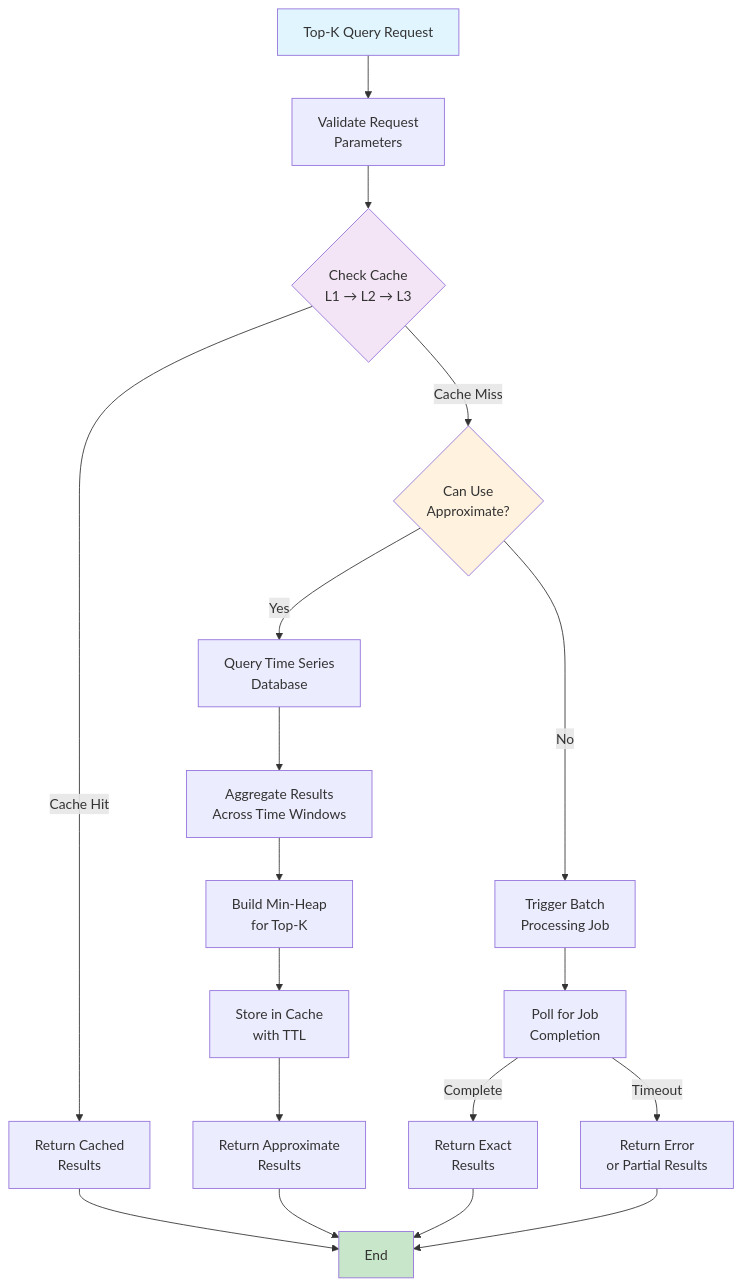
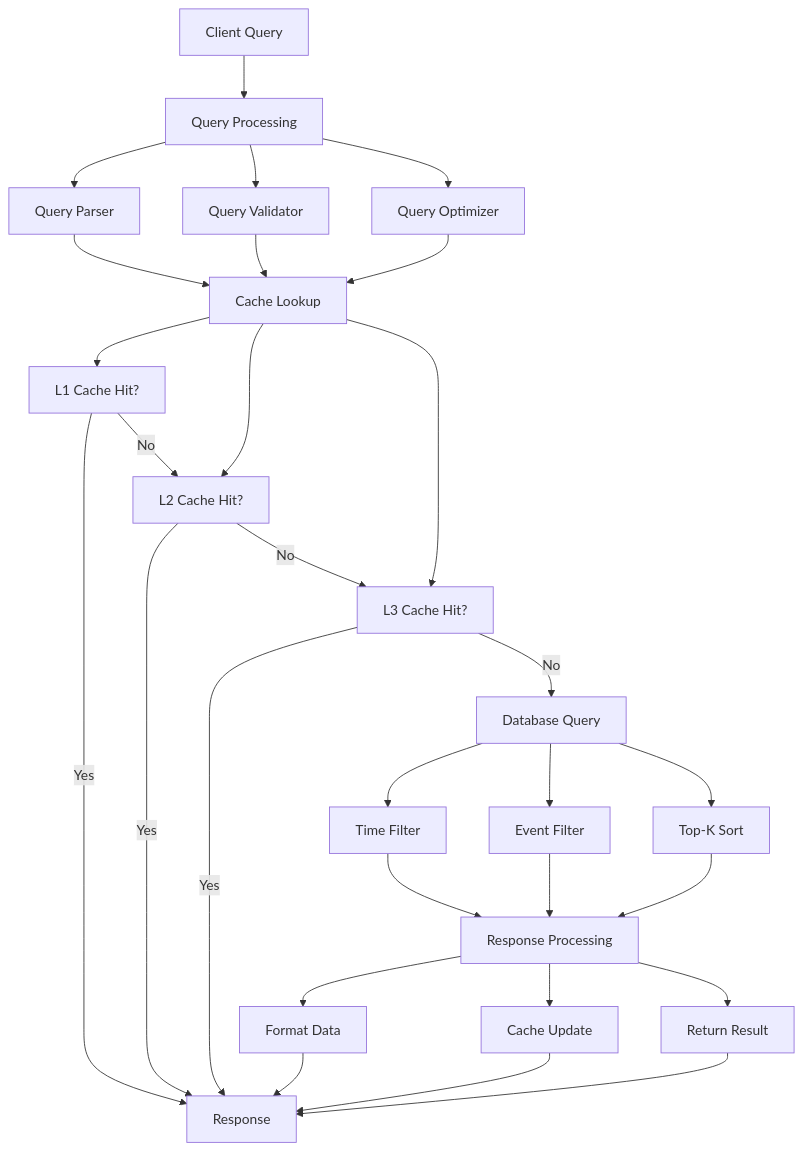
The seventh of 16 diagrams in README.md (rmjamd/android-chatting-and-posting-application), drawn with Mermaid before and after one commit. The commit also changed other lines of this file, not shown here.

````diff
--- a/README.md
+++ b/README.md
@@ -1076,37 +604,40 @@
 ```mermaid
-flowchart TD
-    QUERY[Top-K Query Request] --> VALIDATE[Validate Request<br/>Parameters]
+graph TD
+    CQ[Client Query] --> QP[Query Processing]
     
-    VALIDATE --> CACHE_CHECK{Check Cache<br/>L1 → L2 → L3}
+    QP --> QPAR[Query Parser]
+    QP --> QVAL[Query Validator]
+    QP --> QOPT[Query Optimizer]
     
-    CACHE_CHECK -->|Cache Hit| RETURN_CACHE[Return Cached<br/>Results]
+    QPAR --> CL[Cache Lookup]
+    QVAL --> CL
+    QOPT --> CL
     
-    CACHE_CHECK -->|Cache Miss| APPROX_CHECK{Can Use<br/>Approximate?}
+    CL --> L1[L1 Cache Hit?]
+    CL --> L2[L2 Cache Hit?]
+    CL --> L3[L3 Cache Hit?]
     
-    APPROX_CHECK -->|Yes| TSDB_QUERY[Query Time Series<br/>Database]
-    APPROX_CHECK -->|No| BATCH_TRIGGER[Trigger Batch<br/>Processing Job]
+    L1 -->|Yes| RESP[Response]
+    L2 -->|Yes| RESP
+    L3 -->|Yes| RESP
     
-    TSDB_QUERY --> AGGREGATE[Aggregate Results<br/>Across Time Windows]
+    L1 -->|No| L2
+    L2 -->|No| L3
+    L3 -->|No| DBQ[Database Query]
     
-    AGGREGATE --> HEAP[Build Min-Heap<br/>for Top-K]
+    DBQ --> TF[Time Filter]
+    DBQ --> EF[Event Filter]
+    DBQ --> TKS[Top-K Sort]
     
-    HEAP --> CACHE_STORE[Store in Cache<br/>with TTL]
+    TF --> RP[Response Processing]
+    EF --> RP
+    TKS --> RP
     
-    CACHE_STORE --> RETURN_APPROX[Return Approximate<br/>Results]
+    RP --> FD[Format Data]
+    RP --> CU[Cache Update]
+    RP --> RR[Return Result]
     
-    BATCH_TRIGGER --> POLL[Poll for Job<br/>Completion]
-    
-    POLL -->|Complete| RETURN_EXACT[Return Exact<br/>Results]
-    
-    POLL -->|Timeout| ERROR[Return Error<br/>or Partial Results]
-    
-    RETURN_CACHE --> END[End]
-    RETURN_APPROX --> END
-    RETURN_EXACT --> END
-    ERROR --> END
-    
-    style QUERY fill:#e1f5fe
-    style END fill:#c8e6c9
-    style APPROX_CHECK fill:#fff3e0
-    style CACHE_CHECK fill:#f3e5f5
+    FD --> RESP
+    CU --> RESP
+    RR --> RESP
 ```
````
